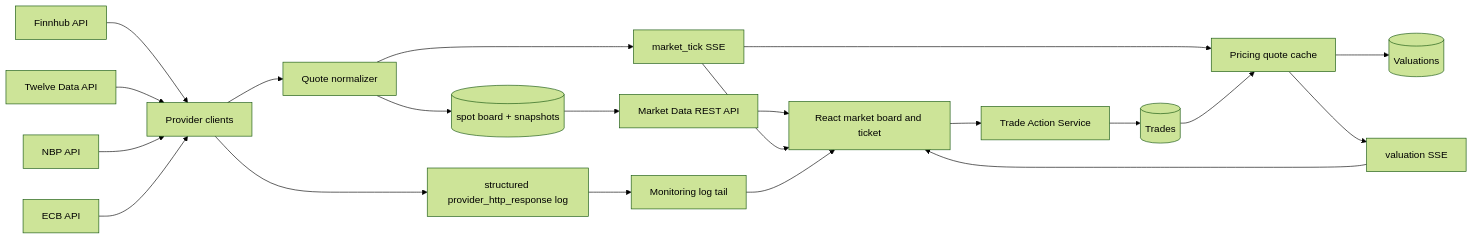
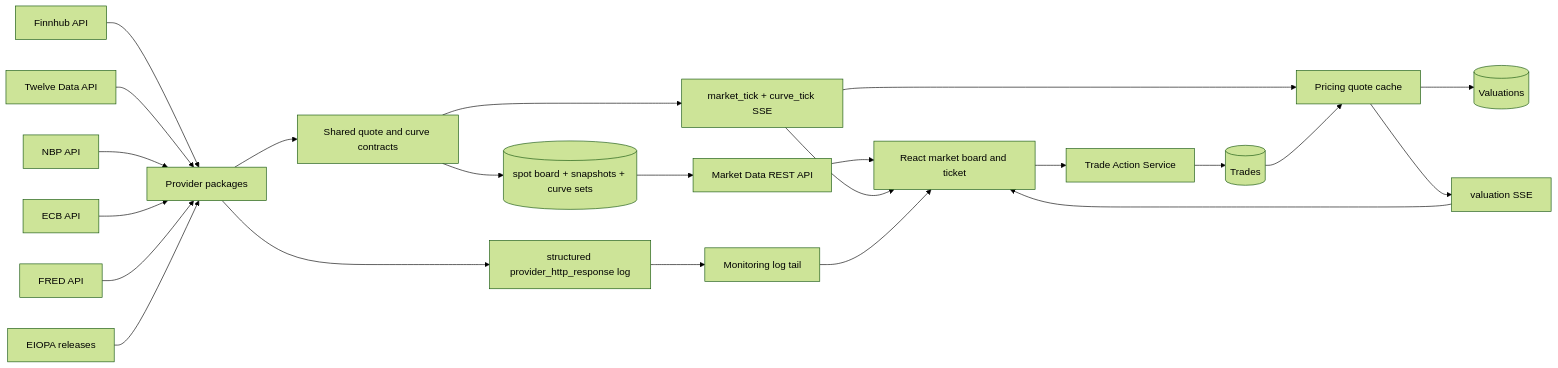
One commit to j-gulinski/trading-desk changed the diagram in docs/architecture.md. Above: the diagram before and after it, drawn with Mermaid (forest theme). The commit also changed other lines of this file and 212 other files, not shown here.

````diff
--- a/docs/architecture.md
+++ b/docs/architecture.md
@@ -40,23 +41,25 @@
 ```mermaid
 flowchart LR
     F[Finnhub API] --> C[Provider clients]
     T[Twelve Data API] --> C
     NB[NBP API] --> C
     EC[ECB API] --> C
-    C --> N[Quote normalizer]
-    N --> P[(spot board + snapshots)]
-    N --> S[market_tick SSE]
+    FR[FRED API] --> C
+    EI[EIOPA releases] --> C
+    C[Provider packages] --> N[Shared quote and curve contracts]
+    N --> P[(spot board + snapshots + curve sets)]
+    N --> S[market_tick + curve_tick SSE]
     P --> A[Market Data REST API]
     A --> U[React market board and ticket]
     S --> U
     S --> R[Pricing quote cache]
     U --> X[Trade Action Service]
     X --> D[(Trades)]
     D --> R
     R --> V[(Valuations)]
     R --> B[valuation SSE]
     B --> U
     C --> L[structured provider_http_response log]
     L --> M[Monitoring log tail]
     M --> U
 ```
````
